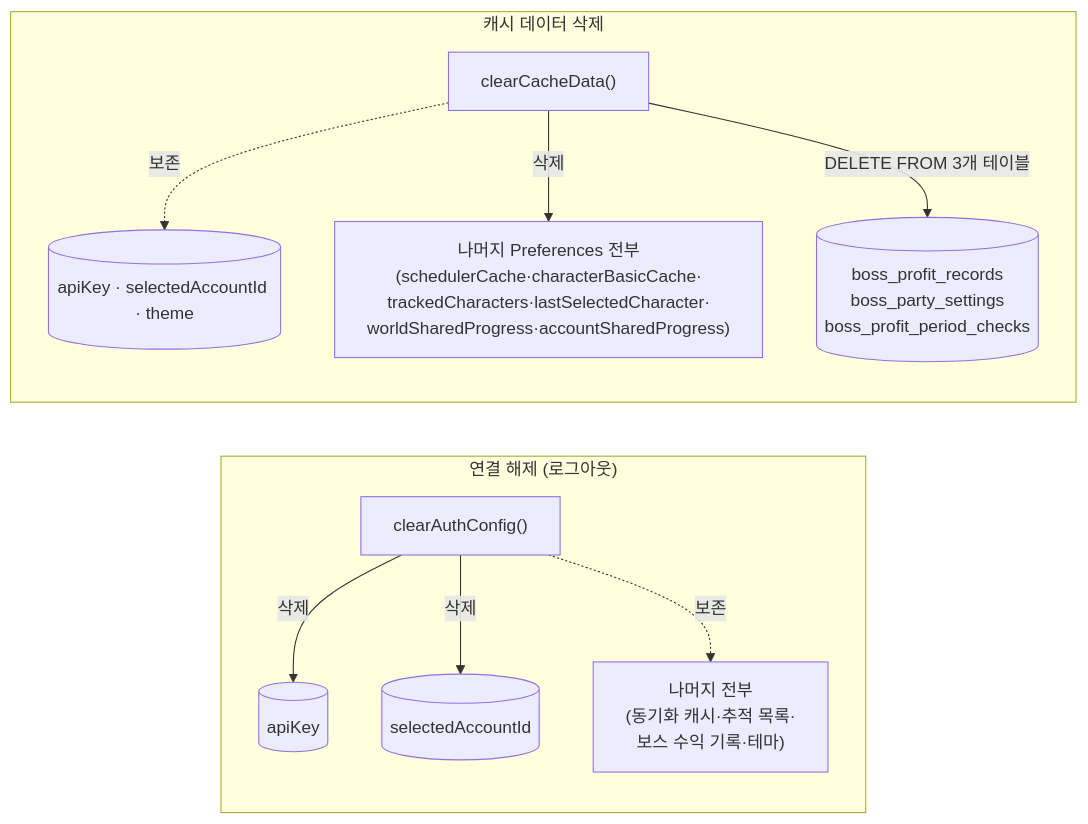
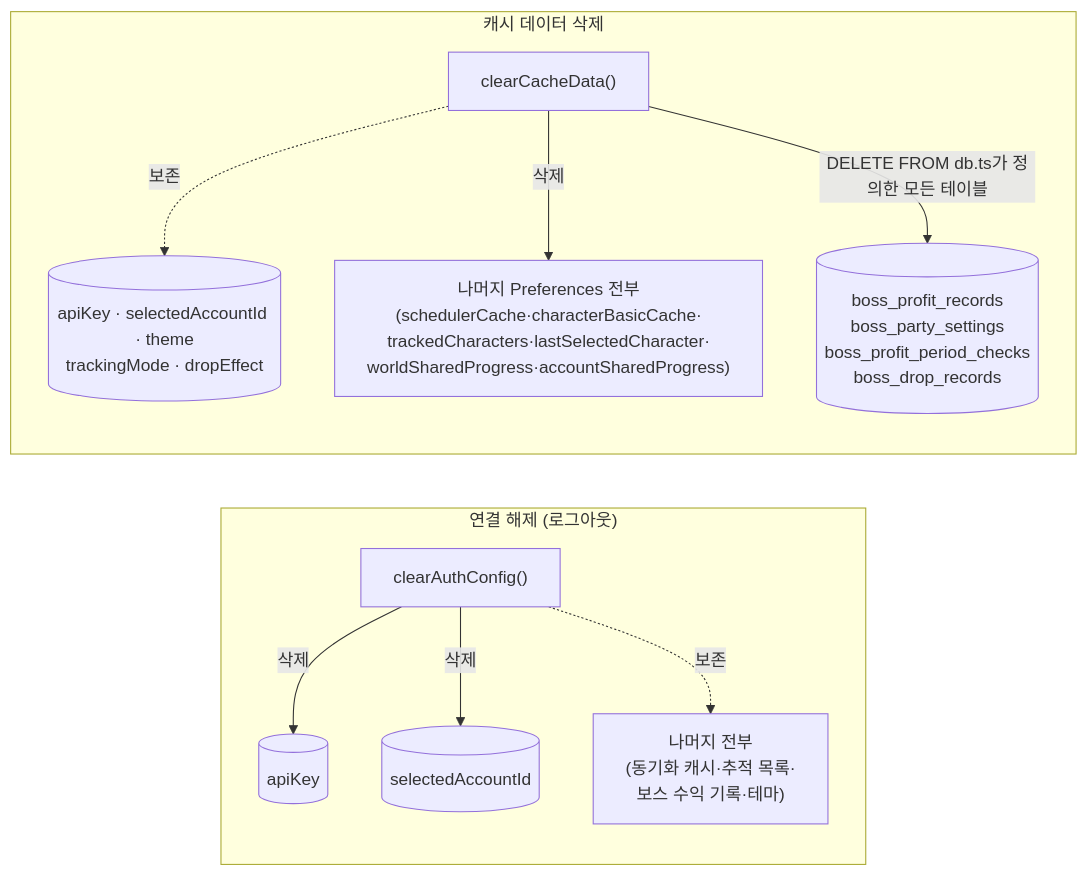
Before and after one commit to jini520/maple-routine: the third of 3 diagrams in docs/persistence/lifecycle.md, drawn with Mermaid. The commit also changed other lines of this file and 7 other files, not shown here.

````diff
--- a/docs/persistence/lifecycle.md
+++ b/docs/persistence/lifecycle.md
@@ -51,18 +51,18 @@
 ```mermaid
 flowchart LR
     subgraph Logout["연결 해제 (로그아웃)"]
         direction TB
         D1["clearAuthConfig()"]
         D1 -->|삭제| X1[("apiKey")]
         D1 -->|삭제| X2[("selectedAccountId")]
         D1 -.보존.-> K1["나머지 전부\n(동기화 캐시·추적 목록·\n보스 수익 기록·테마)"]
     end
 
     subgraph CacheClear["캐시 데이터 삭제"]
         direction TB
         D2["clearCacheData()"]
-        D2 -.보존.-> K2[("apiKey · selectedAccountId · theme")]
+        D2 -.보존.-> K2[("apiKey · selectedAccountId · theme\ntrackingMode · dropEffect")]
         D2 -->|삭제| Y1["나머지 Preferences 전부\n(schedulerCache·characterBasicCache·\ntrackedCharacters·lastSelectedCharacter·\nworldSharedProgress·accountSharedProgress)"]
-        D2 -->|DELETE FROM 3개 테이블| Y2[("boss_profit_records\nboss_party_settings\nboss_profit_period_checks")]
+        D2 -->|DELETE FROM db.ts가 정의한 모든 테이블| Y2[("boss_profit_records\nboss_party_settings\nboss_profit_period_checks\nboss_drop_records")]
     end
 ```
````
